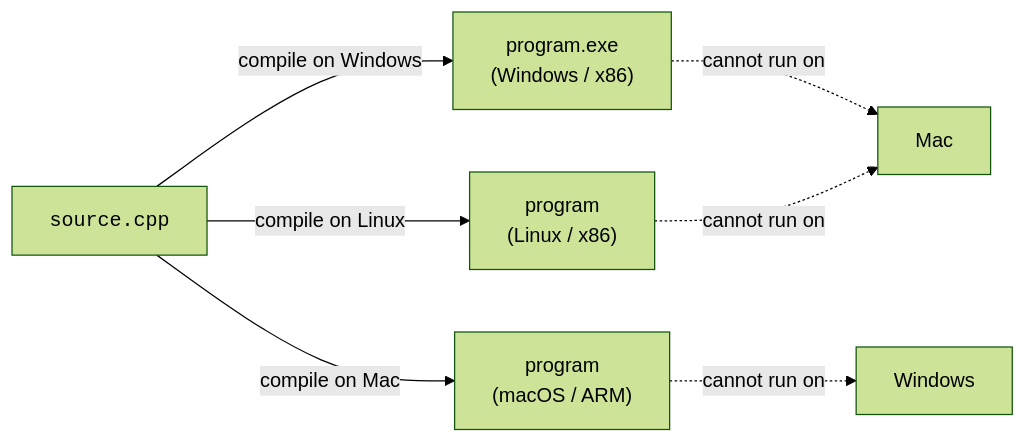
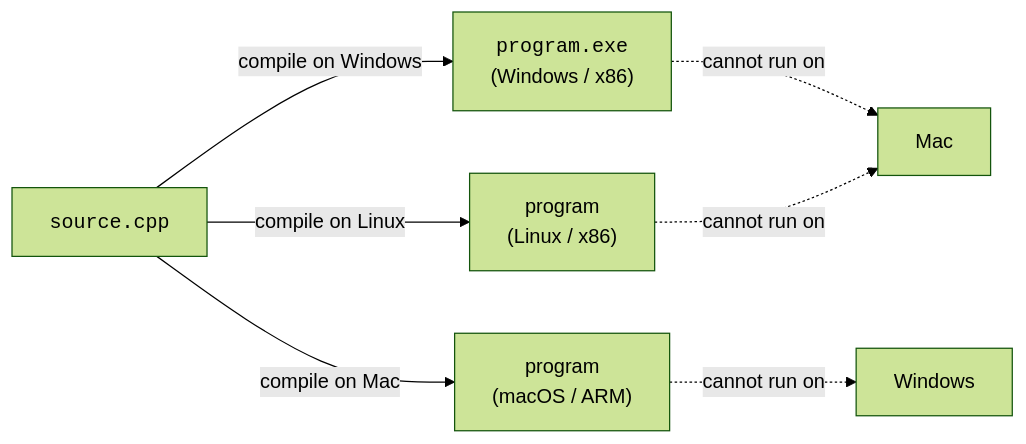
The first of 3 diagrams in content/learn/java-programming-for-beginners/write-once-run-anywhere.mdx (dataslope/dataslope), drawn with Mermaid (forest theme) before and after one commit. The commit also changed other lines of this file and 100 other files, not shown here.

First line of the commit message:
Wrap more code in diagram labels: filenames, hex, assignments, subgraph titles

````diff
--- a/content/learn/java-programming-for-beginners/write-once-run-anywhere.mdx
+++ b/content/learn/java-programming-for-beginners/write-once-run-anywhere.mdx
@@ -25,10 +25,10 @@
 ```mermaid
 flowchart LR
     Src["<code>source.cpp</code>"]
-    Src -->|compile on Windows| ExeW["program.exe<br/>(Windows / x86)"]
+    Src -->|compile on Windows| ExeW["<code>program.exe</code><br/>(Windows / x86)"]
     Src -->|compile on Mac| BinM["program<br/>(macOS / ARM)"]
     Src -->|compile on Linux| BinL["program<br/>(Linux / x86)"]
     ExeW -. cannot run on .-> Mac[Mac]
     BinM -. cannot run on .-> Win[Windows]
     BinL -. cannot run on .-> Mac
 ```
````
